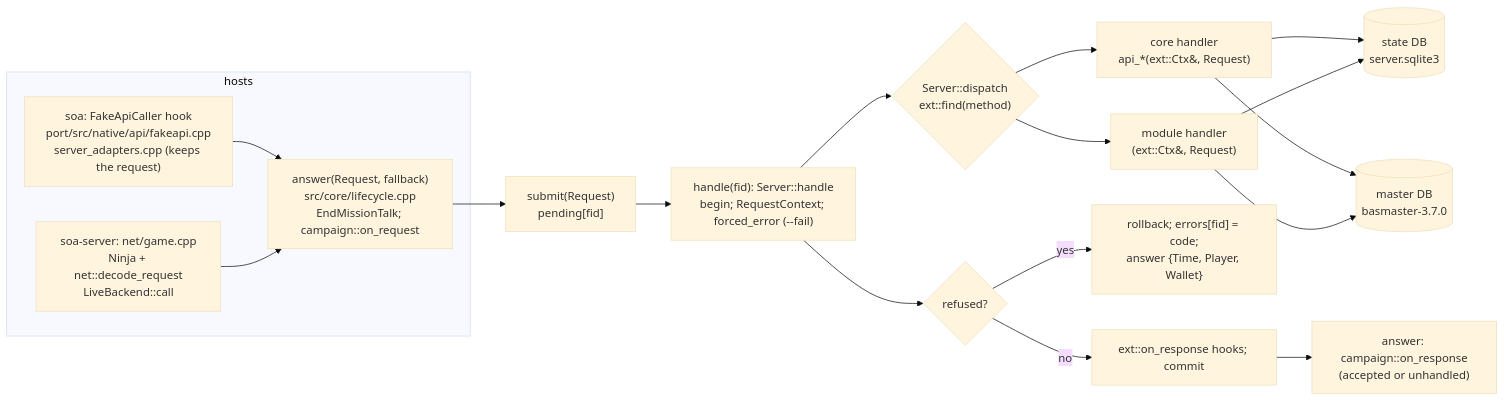
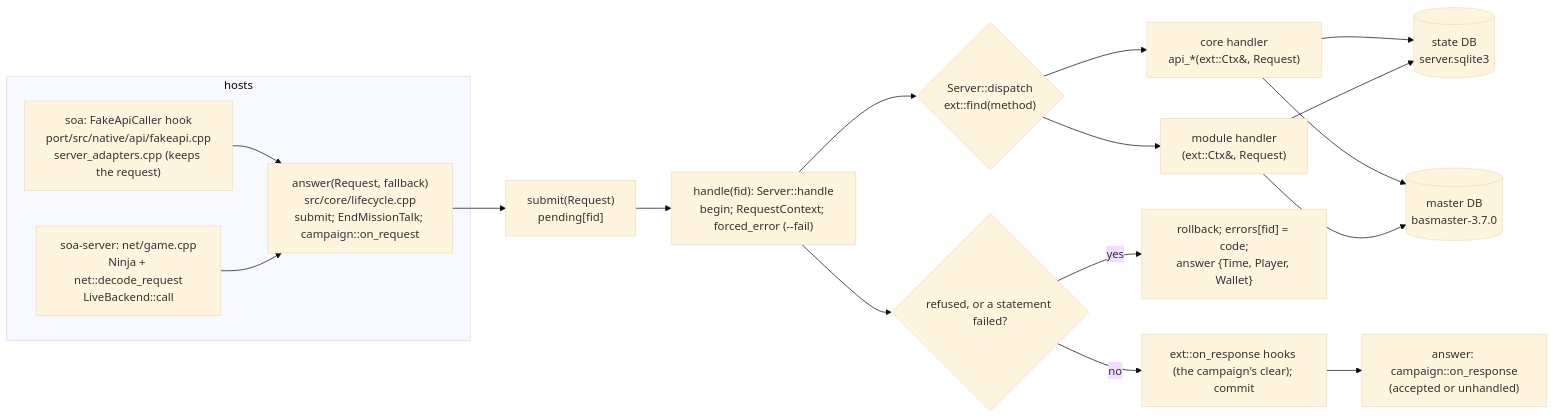
One commit to e45lee/star-ocean-anamesis-native changed the diagram in server/ARCHITECTURE.md. Above: the diagram before and after it, drawn with Mermaid (base theme). The commit also changed other lines of this file and 65 other files, not shown here.

````diff
--- a/server/ARCHITECTURE.md
+++ b/server/ARCHITECTURE.md
@@ -19,20 +19,20 @@
 ```mermaid
 flowchart LR
   subgraph hosts
     A["soa: FakeApiCaller hook<br/>port/src/native/api/fakeapi.cpp<br/>server_adapters.cpp (keeps the request)"] --> L
     B["soa-server: net/game.cpp<br/>Ninja + net::decode_request<br/>LiveBackend::call"] --> L
   end
-  L["answer(Request, fallback)<br/>src/core/lifecycle.cpp<br/>EndMissionTalk; campaign::on_request"] --> S["submit(Request)<br/>pending[fid]"]
+  L["answer(Request, fallback)<br/>src/core/lifecycle.cpp<br/>submit; EndMissionTalk; campaign::on_request"] --> S["submit(Request)<br/>pending[fid]"]
   S --> H["handle(fid): Server::handle<br/>begin; RequestContext; forced_error (--fail)"]
   H --> D{"Server::dispatch<br/>ext::find(method)"}
   D --> CORE["core handler<br/>api_*(ext::Ctx&, Request)"]
   D --> MOD["module handler<br/>(ext::Ctx&, Request)"]
   CORE --> ST[("state DB<br/>server.sqlite3")]
   CORE --> MA[("master DB<br/>basmaster-3.7.0")]
   MOD --> ST
   MOD --> MA
-  H --> E{"refused?"}
+  H --> E{"refused, or a statement failed?"}
   E -- yes --> RB["rollback; errors[fid] = code;<br/>answer {Time, Player, Wallet}"]
-  E -- no --> OR["ext::on_response hooks; commit"]
+  E -- no --> OR["ext::on_response hooks (the campaign's clear); commit"]
   OR --> CR["answer: campaign::on_response<br/>(accepted or unhandled)"]
 ```
````
